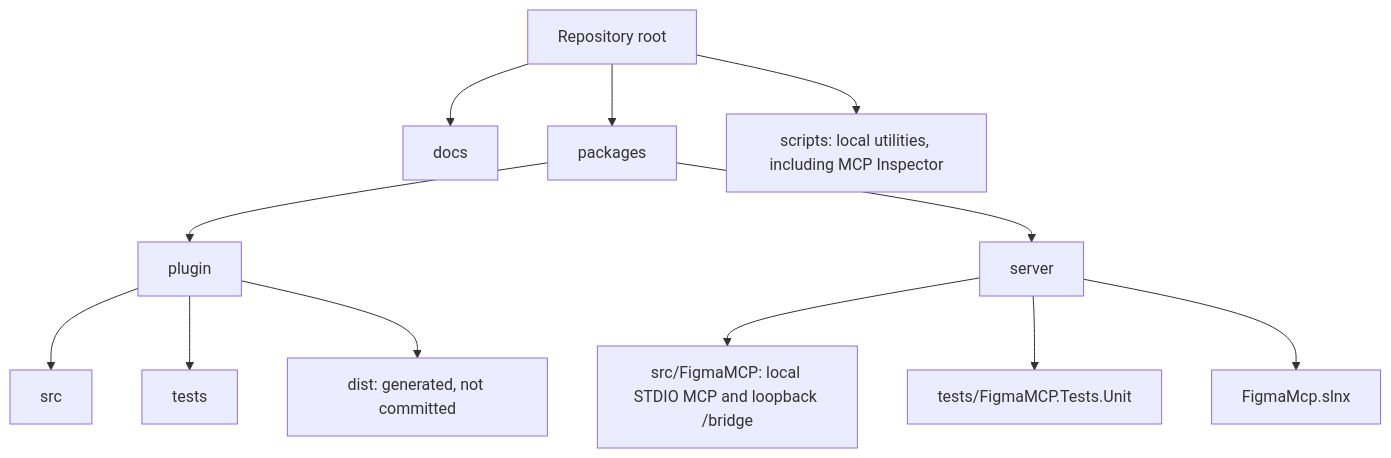
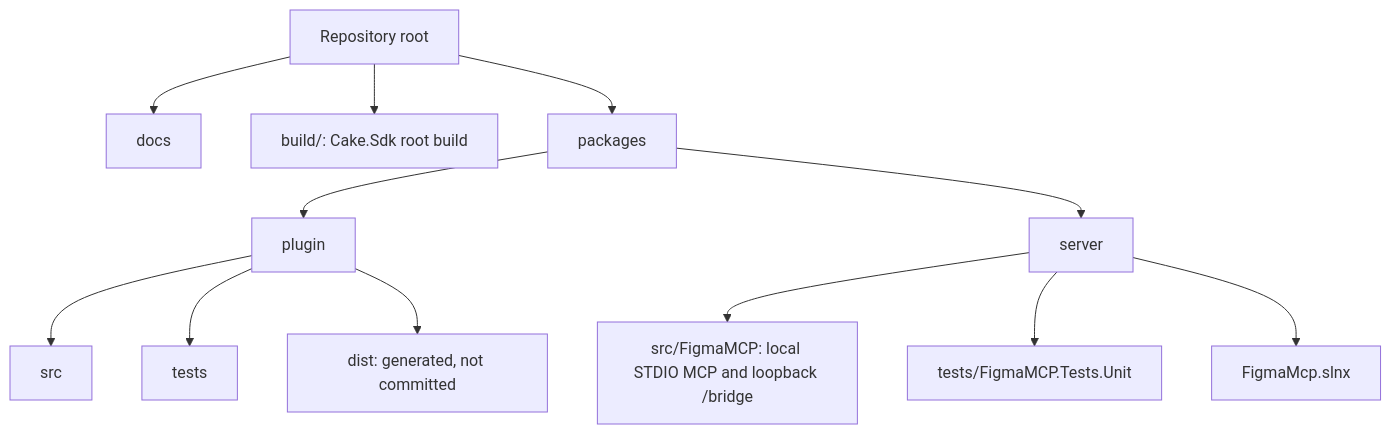
Before and after one commit to 2chevskii/FigmaMCP: the diagram in docs/DEVELOPMENT.md, drawn with Mermaid. The commit also changed other lines of this file and 24 other files, not shown here.

Commit message:
build: consolidate workflows with Cake

````diff
--- a/docs/DEVELOPMENT.md
+++ b/docs/DEVELOPMENT.md
@@ -8,14 +8,14 @@
 ```mermaid
 flowchart TD
     root[Repository root] --> docs[docs]
+    root --> build[build/: Cake.Sdk root build]
     root --> packages[packages]
-    root --> scripts[scripts: local utilities, including MCP Inspector]
     packages --> plugin[plugin]
     plugin --> pluginSrc[src]
     plugin --> pluginTests[tests]
     plugin --> pluginDist[dist: generated, not committed]
     packages --> server[server]
     server --> serverSrc[src/FigmaMCP: local STDIO MCP and loopback /bridge]
     server --> serverTests[tests/FigmaMCP.Tests.Unit]
     server --> solution[FigmaMcp.slnx]
 ```
````
